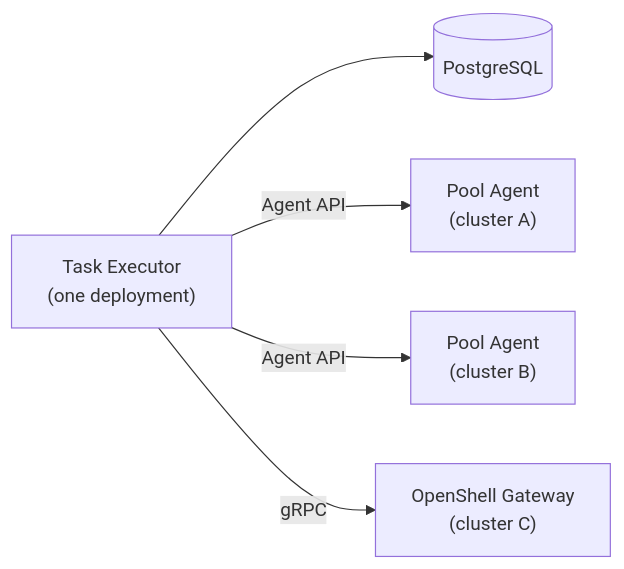
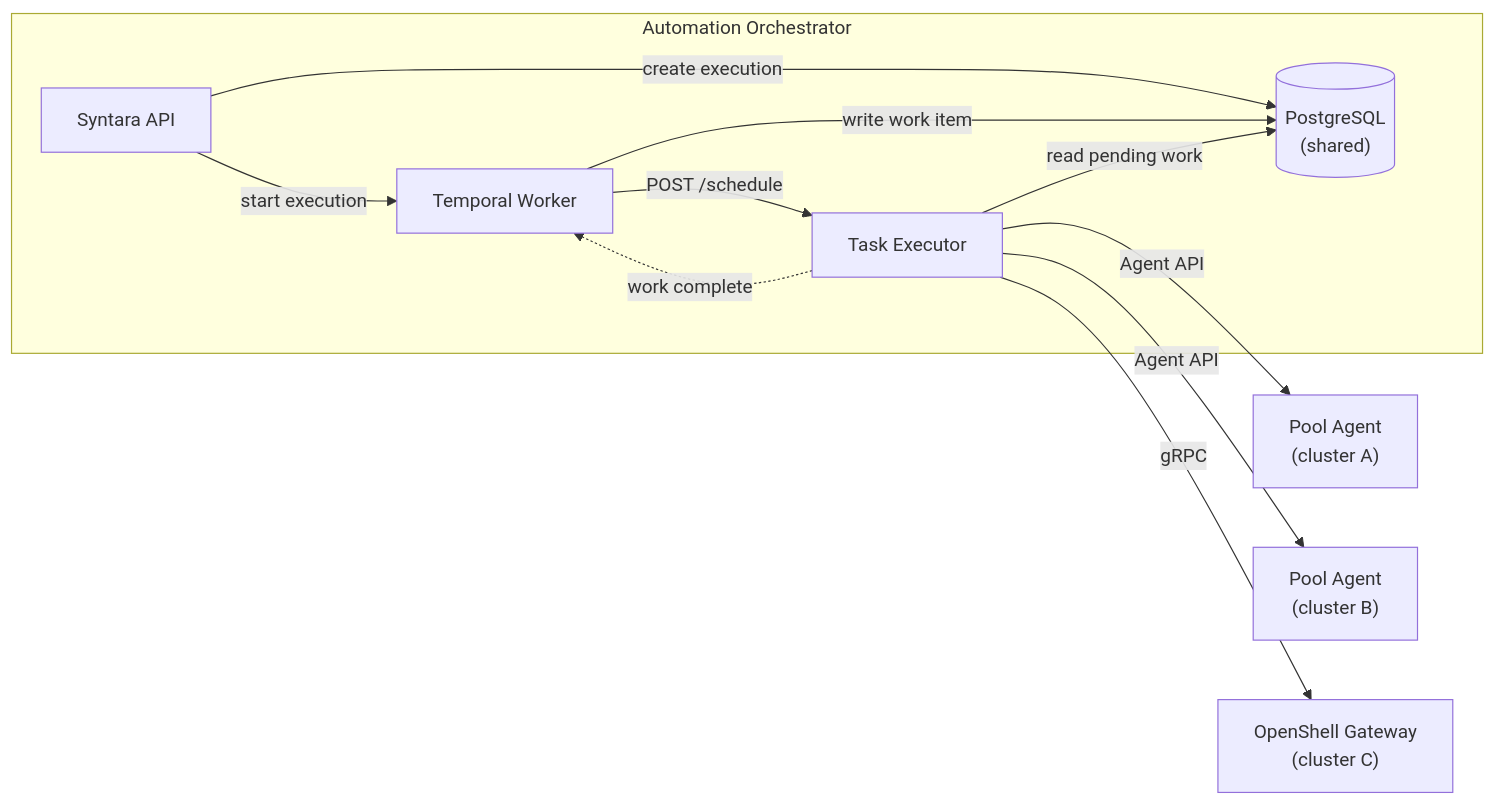
Before and after one commit to AlanCoding/syntara: the first of 4 diagrams in backend/docs/execution-plane-decisions.md, drawn with Mermaid. The commit also changed other lines of this file, not shown here.

First line of the commit message:
docs(execution-plane): clarify D1 and D5 with diagrams and drawbacks

````diff
--- a/backend/docs/execution-plane-decisions.md
+++ b/backend/docs/execution-plane-decisions.md
@@ -19,13 +19,22 @@
 ```mermaid
 graph LR
-    TE["Task Executor<br/>(one deployment)"]
-    PG[("PostgreSQL")]
+    subgraph AO["Automation Orchestrator"]
+        API["Syntara API"]
+        TW["Temporal Worker"]
+        TE["Task Executor"]
+        PG[("PostgreSQL<br/>(shared)")]
+    end
     PA1["Pool Agent<br/>(cluster A)"]
     PA2["Pool Agent<br/>(cluster B)"]
     GW["OpenShell Gateway<br/>(cluster C)"]
 
-    TE --> PG
+    API -->|"create execution"| PG
+    API -->|"start execution"| TW
+    TW -->|"write work item"| PG
+    TW -->|"POST /schedule"| TE
+    TE -->|"read pending work"| PG
+    TE -.->|"work complete"| TW
     TE -->|"Agent API"| PA1
     TE -->|"Agent API"| PA2
     TE -->|"gRPC"| GW
 ```
````
